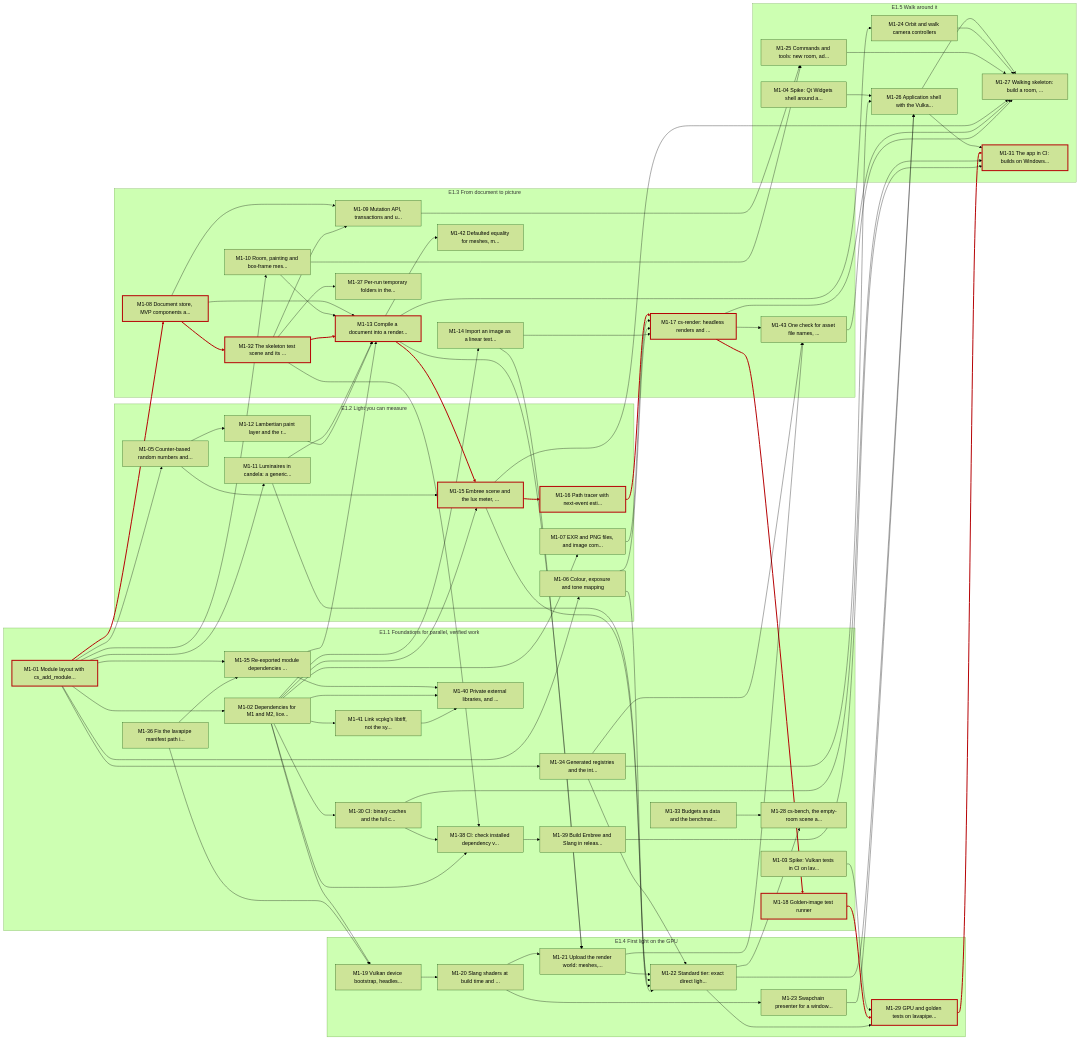
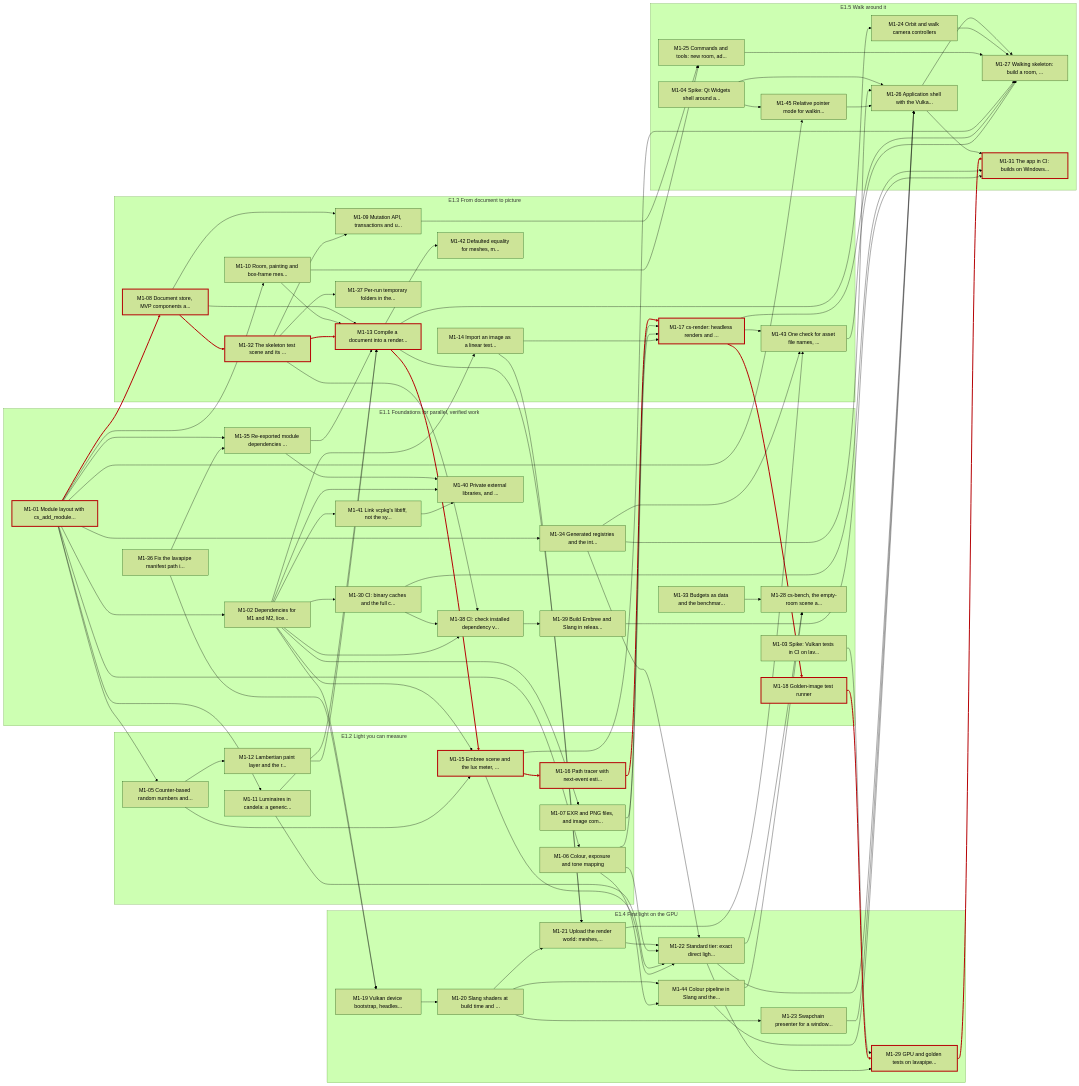
The second of 3 diagrams in docs/roadmap.md (groundbeeflover/curation_sandbox), drawn with Mermaid (forest theme) before and after one commit. The commit also changed other lines of this file and 1 other file, not shown here.

````diff
--- a/docs/roadmap.md
+++ b/docs/roadmap.md
@@ -247,6 +249,7 @@
     M1_22["M1-22 Standard tier: exact direct ligh..."]
     M1_23["M1-23 Swapchain presenter for a window..."]
     M1_29["M1-29 GPU and golden tests on lavapipe..."]
+    M1_44["M1-44 Colour pipeline in Slang and the..."]
   end
   subgraph E1_5["E1.5 Walk around it"]
     M1_04["M1-04 Spike: Qt Widgets shell around a..."]
@@ -255,6 +258,7 @@
     M1_26["M1-26 Application shell with the Vulka..."]
     M1_27["M1-27 Walking skeleton: build a room, ..."]
     M1_31["M1-31 The app in CI: builds on Windows..."]
+    M1_45["M1-45 Relative pointer mode for walkin..."]
   end
   M1_01 --> M1_02
   M1_01 --> M1_05
@@ -301,6 +305,8 @@
   M1_22 --> M1_26
   M1_23 --> M1_26
   M1_34 --> M1_26
+  M1_44 --> M1_26
+  M1_45 --> M1_26
   M1_26 --> M1_27
   M1_24 --> M1_27
   M1_25 --> M1_27
@@ -309,6 +315,7 @@
   M1_43 --> M1_27
   M1_22 --> M1_28
   M1_33 --> M1_28
+  M1_44 --> M1_28
   M1_03 --> M1_29
   M1_18 --> M1_29
   M1_22 --> M1_29
@@ -334,7 +341,11 @@
   M1_17 --> M1_43
   M1_21 --> M1_43
   M1_34 --> M1_43
+  M1_20 --> M1_44
+  M1_06 --> M1_44
+  M1_04 --> M1_45
+  M1_01 --> M1_45
   classDef crit stroke:#b60205,stroke-width:3px
   class M1_01,M1_08,M1_32,M1_13,M1_15,M1_16,M1_17,M1_18,M1_29,M1_31 crit
-  linkStyle 4,14,17,20,21,25,54,58,61 stroke:#b60205,stroke-width:3px
+  linkStyle 4,14,17,20,21,25,57,61,64 stroke:#b60205,stroke-width:3px
 ```
````
